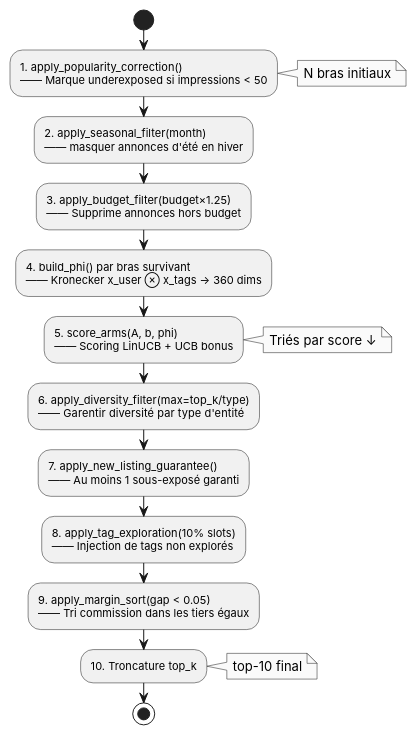
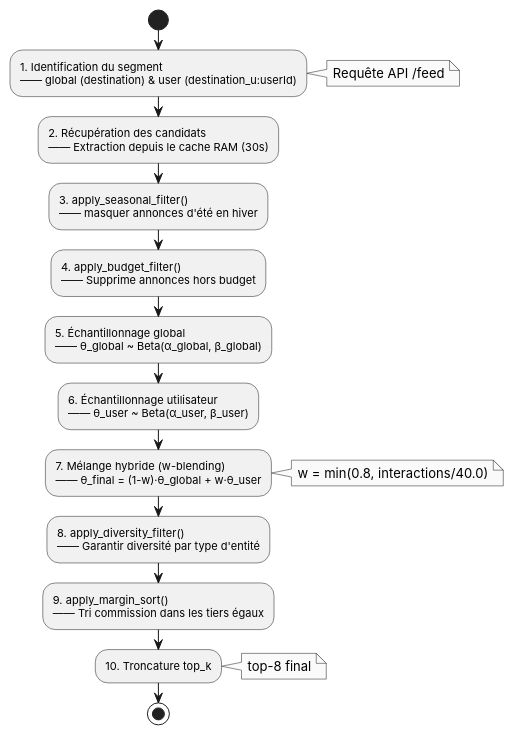
The diagram in diagrams/fig_05_ranker_pipeline.puml (ahmed-addali/rapport), drawn with PlantUML before and after one commit. The commit also changed 40 other files, not shown here.

```diff
--- a/diagrams/fig_05_ranker_pipeline.puml
+++ b/diagrams/fig_05_ranker_pipeline.puml
@@ -1,33 +1,33 @@
 @startuml fig_05_ranker_pipeline
 skinparam monochrome true
 skinparam shadowing false
 skinparam defaultFontName Inter
 skinparam activityFontSize 11
 
 |Pipeline de Classement|
 start
-:1. apply_popularity_correction()
-—— Marque underexposed si impressions < 50;
-note right: N bras initiaux
-:2. apply_seasonal_filter(month)
+:1. Identification du segment
+—— global (destination) & user (destination_u:userId);
+note right: Requête API /feed
+:2. Récupération des candidats
+—— Extraction depuis le cache RAM (30s);
+:3. apply_seasonal_filter()
 —— masquer annonces d'été en hiver;
-:3. apply_budget_filter(budget×1.25)
+:4. apply_budget_filter()
 —— Supprime annonces hors budget;
-:4. build_phi() par bras survivant
-—— Kronecker x_user ⊗ x_tags → 360 dims;
-:5. score_arms(A, b, phi)
-—— Scoring LinUCB + UCB bonus;
-note right: Triés par score ↓
-:6. apply_diversity_filter(max=top_k/type)
-——  Garentir diversité par type d'entité;
-:7. apply_new_listing_guarantee()
-—— Au moins 1 sous-exposé garanti;
-:8. apply_tag_exploration(10% slots)
-—— Injection de tags non explorés;
-:9. apply_margin_sort(gap < 0.05)
+:5. Échantillonnage global
+—— θ_global ~ Beta(α_global, β_global);
+:6. Échantillonnage utilisateur
+—— θ_user ~ Beta(α_user, β_user);
+:7. Mélange hybride (w-blending)
+—— θ_final = (1-w)·θ_global + w·θ_user;
+note right: w = min(0.8, interactions/40.0)
+:8. apply_diversity_filter()
+—— Garantir diversité par type d'entité;
+:9. apply_margin_sort()
 —— Tri commission dans les tiers égaux;
 :10. Troncature top_k;
-note right: top-10 final
+note right: top-8 final
 stop
 
 @enduml
```
